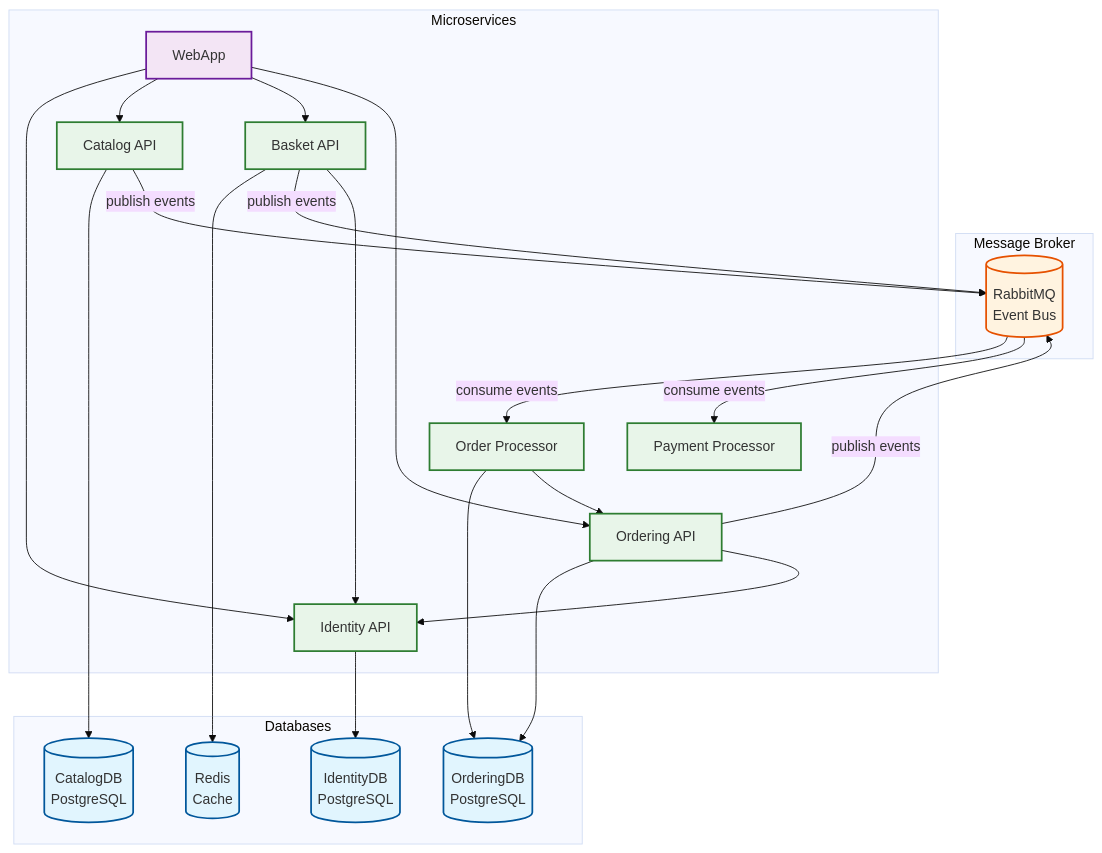
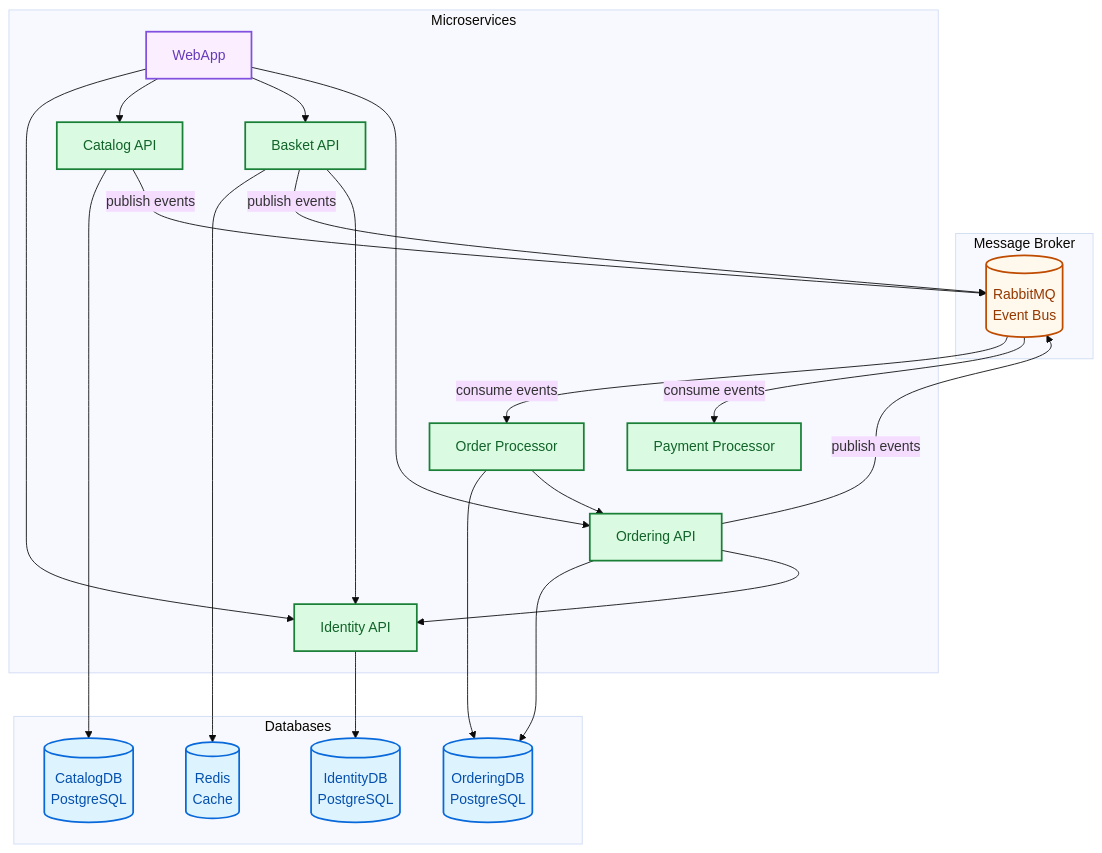
The diagram in docs/README.md (ahmniab/Automated-E-Commerce-Deployment-Platform), drawn with Mermaid (base theme) before and after one commit.

Commit message:
feat(docs): refine README message broker and direct API calls sections for clarity

````diff
--- a/docs/README.md
+++ b/docs/README.md
@@ -5,60 +5,60 @@
 ```mermaid
 flowchart TB
     subgraph Databases["Databases"]
         IdentityDB[("IdentityDB<br/>PostgreSQL")]
         CatalogDB[("CatalogDB<br/>PostgreSQL")]
         OrderingDB[("OrderingDB<br/>PostgreSQL")]
         Redis[("Redis<br/>Cache")]
     end
 
     subgraph MessageBroker["Message Broker"]
         RabbitMQ[("RabbitMQ<br/>Event Bus")]
     end
 
     subgraph Services["Microservices"]
         IdentityAPI["Identity API"]
         CatalogAPI["Catalog API"]
         BasketAPI["Basket API"]
         OrderingAPI["Ordering API"]
         OrderProcessor["Order Processor"]
         PaymentProcessor["Payment Processor"]
         WebApp["WebApp"]
     end
 
     %% Database connections
     IdentityAPI --> IdentityDB
     CatalogAPI --> CatalogDB
     OrderingAPI --> OrderingDB
     OrderProcessor --> OrderingDB
     BasketAPI --> Redis
 
-    %% Message broker connections (event-driven communication)
+    %% Message broker connections
     CatalogAPI -->|"publish events"| RabbitMQ
     BasketAPI -->|"publish events"| RabbitMQ
     OrderingAPI -->|"publish events"| RabbitMQ
     
     RabbitMQ -->|"consume events"| OrderProcessor
     RabbitMQ -->|"consume events"| PaymentProcessor
 
-    %% Direct API calls (sync communication)
+    %% Direct API calls
     WebApp --> IdentityAPI
     WebApp --> CatalogAPI
     WebApp --> BasketAPI
     WebApp --> OrderingAPI
     
     BasketAPI --> IdentityAPI
     OrderingAPI --> IdentityAPI
     
     OrderProcessor --> OrderingAPI
 
-    %% Styling
-    classDef database fill:#e1f5fe,stroke:#01579b,stroke-width:2px
-    classDef messagebus fill:#fff3e0,stroke:#e65100,stroke-width:2px
-    classDef service fill:#e8f5e9,stroke:#2e7d32,stroke-width:2px
-    classDef frontend fill:#f3e5f5,stroke:#6a1b9a,stroke-width:2px
+    %% Updated GitHub-Compatible Styling
+    classDef database fill:#ddf4ff,stroke:#0969da,stroke-width:2px,color:#0550ae
+    classDef messagebus fill:#fff8ec,stroke:#bf4b00,stroke-width:2px,color:#953800
+    classDef service fill:#dafbe1,stroke:#1a7f37,stroke-width:2px,color:#116329
+    classDef frontend fill:#fbefff,stroke:#8250df,stroke-width:2px,color:#6639ba
     
     class IdentityDB,CatalogDB,OrderingDB,Redis database
     class RabbitMQ messagebus
     class IdentityAPI,CatalogAPI,BasketAPI,OrderingAPI,OrderProcessor,PaymentProcessor service
     class WebApp frontend
 ```
````
